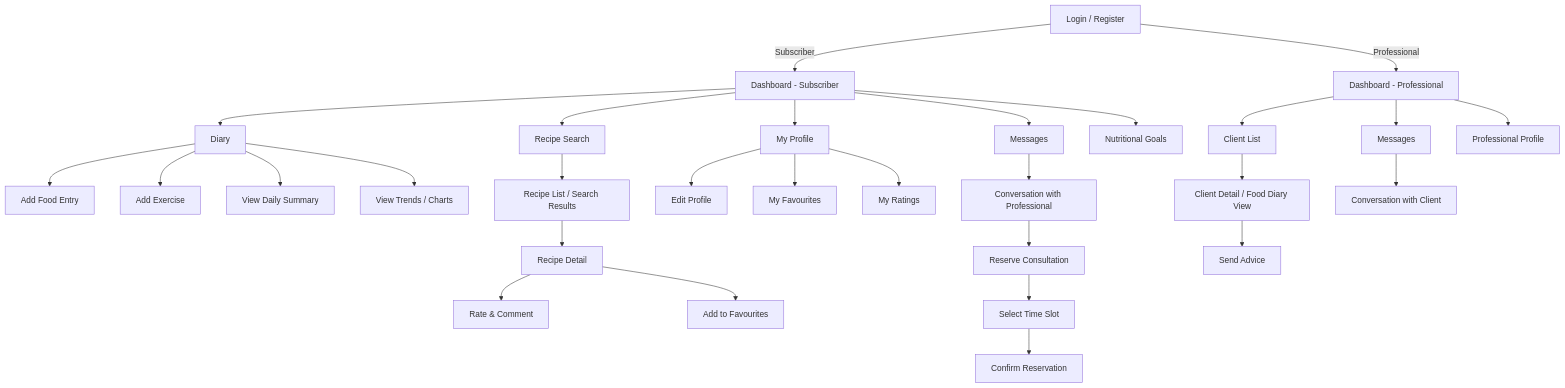
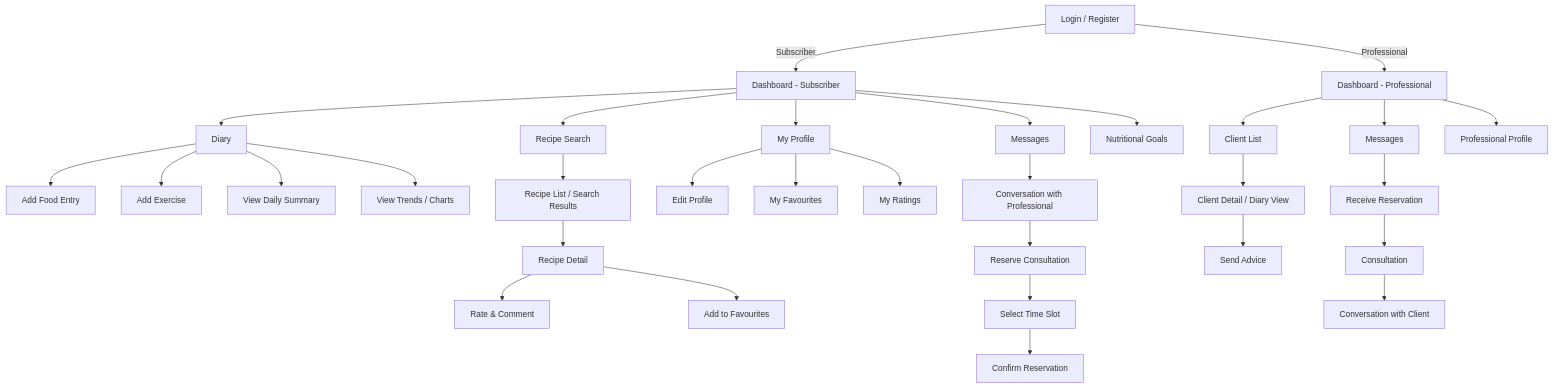
One commit to X-07-xqf/2850final-project changed the diagram in UI_wireframes.md. Above: the diagram before and after it, drawn with Mermaid.

Commit message:
Update UI

````diff
--- a/UI_wireframes.md
+++ b/UI_wireframes.md
@@ -5,39 +5,41 @@
 ```mermaid
 flowchart TD
     A[Login / Register] -->|Subscriber| B[Dashboard - Subscriber]
     A -->|Professional| C[Dashboard - Professional]
 
     B --> D[Diary]
     B --> E[Recipe Search]
     B --> F[My Profile]
     B --> G[Messages]
     B --> H[Nutritional Goals]
 
     D --> D1[Add Food Entry]
     D --> D2[Add Exercise]
     D --> D3[View Daily Summary]
     D --> D4[View Trends / Charts]
 
     E --> E1[Recipe List / Search Results]
     E1 --> E2[Recipe Detail]
     E2 --> E3[Rate & Comment]
     E2 --> E4[Add to Favourites]
 
     F --> F1[Edit Profile]
     F --> F2[My Favourites]
     F --> F3[My Ratings]
 
     G --> G1[Conversation with Professional]
     G1 --> G2[Reserve Consultation]
     G2 --> G3[Select Time Slot]
     G3 --> G4[Confirm Reservation]
 
     C --> I[Client List]
     C --> J[Messages]
     C --> K[Professional Profile]
 
-    I --> I1[Client Detail / Food Diary View]
+    I --> I1[Client Detail / Diary View]
     I1 --> I2[Send Advice]
 
-    J --> J1[Conversation with Client]
+    J --> J1[Receive Reservation]
+    J1 --> J2[Consultation]
+    J2 --> J3[Conversation with Client]
 ```
````
